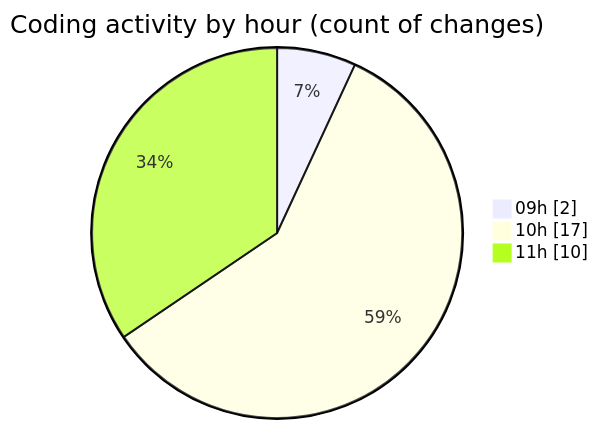
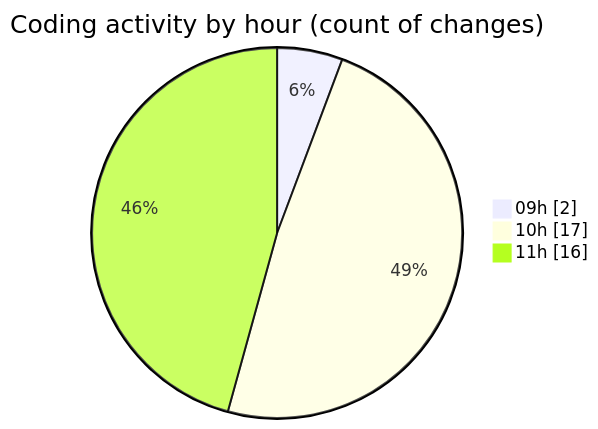
The second of 2 diagrams in 2026-11-06/cda/README.md (momahboobian/code-tracking), drawn with Mermaid before and after one commit. The commit also changed other lines of this file and 1 other file, not shown here.

````diff
--- a/2026-11-06/cda/README.md
+++ b/2026-11-06/cda/README.md
@@ -40,7 +44,7 @@
 ```mermaid
 pie showData
 title Coding activity by hour (count of changes)
 "09h" : 2
 "10h" : 17
-"11h" : 10
+"11h" : 16
 ```
````
